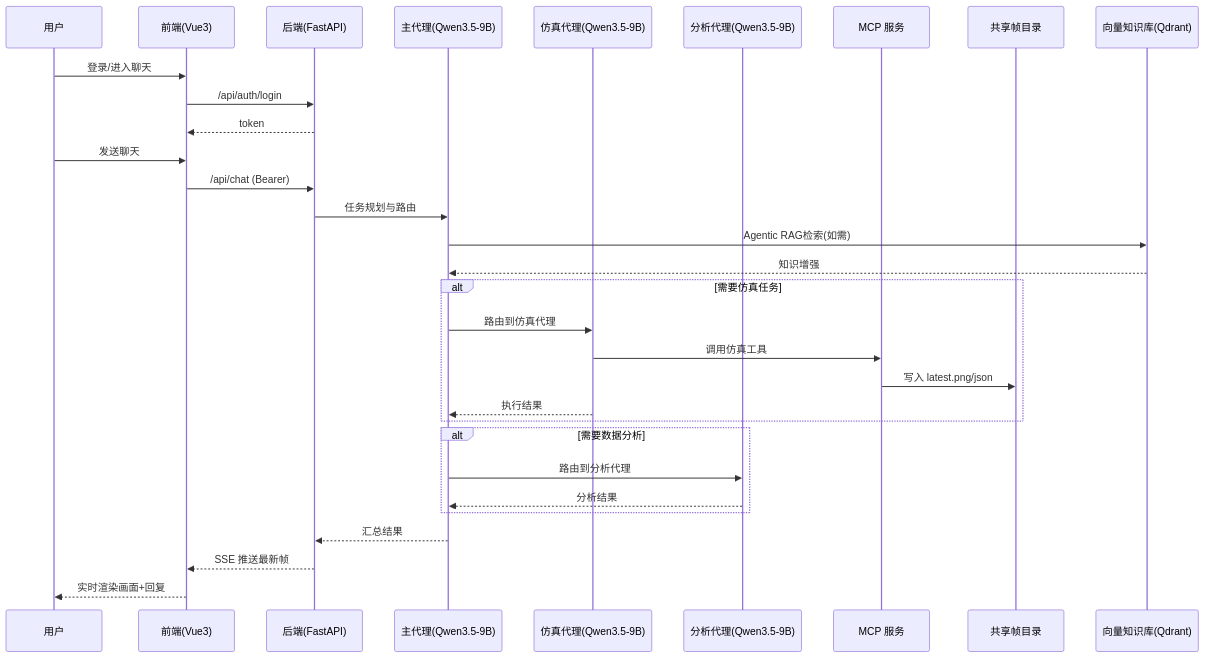
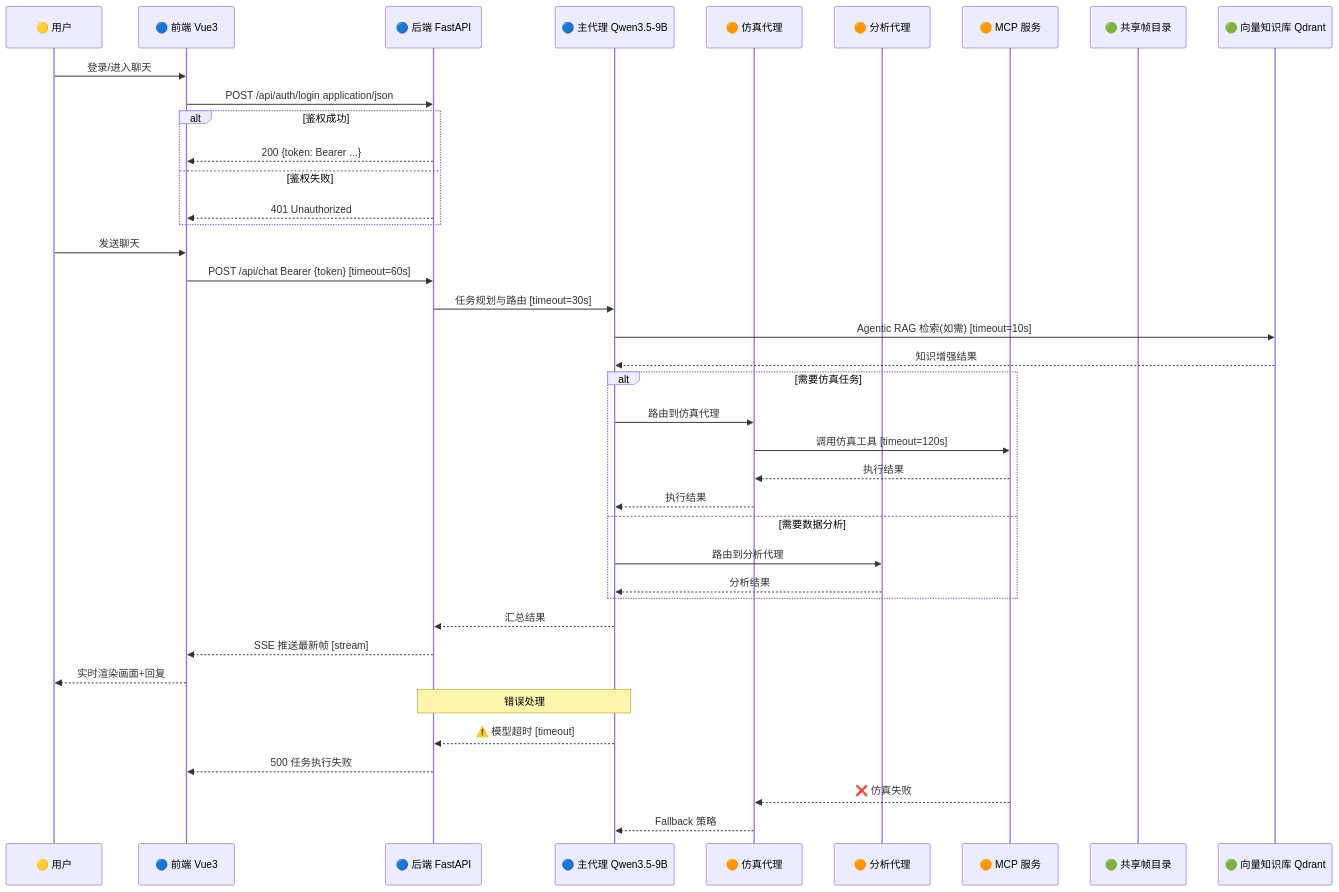
The diagram in charts/sequence.md (Playitcooool/robotagent), drawn with Mermaid before and after one commit. The commit also changed other lines of this file and 6 other files, not shown here.

First line of the commit message:
optimize(charts): unify visual style and add error handling branches

````diff
--- a/charts/sequence.md
+++ b/charts/sequence.md
@@ -3,38 +5,46 @@
 ```mermaid
 sequenceDiagram
-  participant U as 用户
-  participant FE as 前端(Vue3)
-  participant BE as 后端(FastAPI)
-  participant Main as 主代理(Qwen3.5-9B)
-  participant Sim as 仿真代理(Qwen3.5-9B)
-  participant Anal as 分析代理(Qwen3.5-9B)
-  participant MCP as MCP 服务
-  participant SIM as 共享帧目录
-  participant RAG as 向量知识库(Qdrant)
+  participant U as 🟡 用户
+  participant FE as 🔵 前端 Vue3
+  participant BE as 🔵 后端 FastAPI
+  participant Main as 🔵 主代理 Qwen3.5-9B
+  participant Sim as 🟠 仿真代理
+  participant Anal as 🟠 分析代理
+  participant MCP as 🟠 MCP 服务
+  participant SIM as 🟢 共享帧目录
+  participant RAG as 🟢 向量知识库 Qdrant
 
   U->>FE: 登录/进入聊天
-  FE->>BE: /api/auth/login
-  BE-->>FE: token
+  FE->>BE: POST /api/auth/login application/json
+  alt 鉴权成功
+    BE-->>FE: 200 {token: Bearer ...}
+  else 鉴权失败
+    BE-->>FE: 401 Unauthorized
+  end
 
   U->>FE: 发送聊天
-  FE->>BE: /api/chat (Bearer)
-  BE->>Main: 任务规划与路由
-  Main->>RAG: Agentic RAG检索(如需)
-  RAG-->>Main: 知识增强
+  FE->>BE: POST /api/chat Bearer {token} [timeout=60s]
+  BE->>Main: 任务规划与路由 [timeout=30s]
+  Main->>RAG: Agentic RAG 检索(如需) [timeout=10s]
+  RAG-->>Main: 知识增强结果
 
   alt 需要仿真任务
     Main->>Sim: 路由到仿真代理
-    Sim->>MCP: 调用仿真工具
-    MCP->>SIM: 写入 latest.png/json
+    Sim->>MCP: 调用仿真工具 [timeout=120s]
+    MCP-->>Sim: 执行结果
     Sim-->>Main: 执行结果
-  end
-
-  alt 需要数据分析
+  else 需要数据分析
     Main->>Anal: 路由到分析代理
     Anal-->>Main: 分析结果
   end
 
   Main-->>BE: 汇总结果
-  BE-->>FE: SSE 推送最新帧
+  BE-->>FE: SSE 推送最新帧 [stream]
   FE-->>U: 实时渲染画面+回复
+
+  Note over BE,Main: 错误处理
+  Main-->>BE: ⚠️ 模型超时 [timeout]
+  BE-->>FE: 500 任务执行失败
+  MCP-->>Sim: ❌ 仿真失败
+  Sim-->>Main: Fallback 策略
 ```
````
